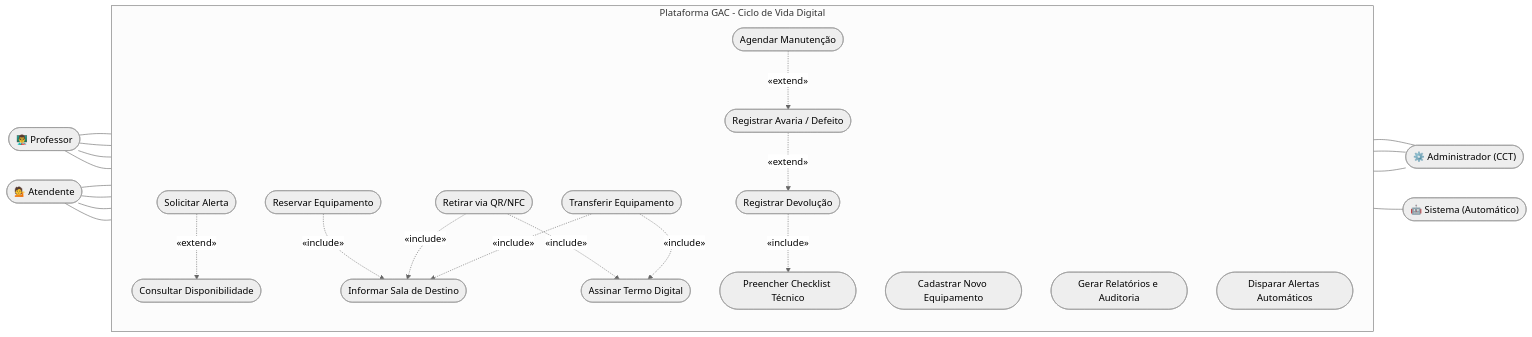
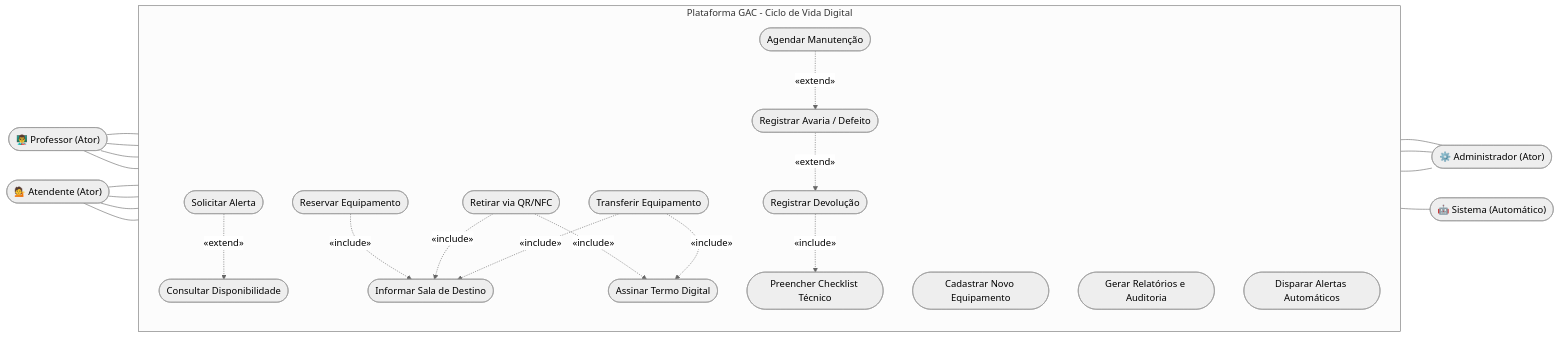
The diagram in Requisitos/Diagramas/Diagrama-de-Casos-de-Uso.md (VinnerKyther/requisitos-2026-requisitos-production), drawn with Mermaid (neutral theme) before and after one commit.

````diff
--- a/Requisitos/Diagramas/Diagrama-de-Casos-de-Uso.md
+++ b/Requisitos/Diagramas/Diagrama-de-Casos-de-Uso.md
@@ -3,72 +3,72 @@
 ```mermaid
 flowchart LR
     %% Atores da Interface Mobile (Esquerda)
-    Prof(["👨‍🏫 Professor"])
-    Atend(["💁 Atendente"])
+    Prof(["👨‍🏫 Professor (Ator)"])
+    Atend(["💁 Atendente (Ator)"])
 
     subgraph Sistema [Plataforma GAC - Ciclo de Vida Digital]
         direction TB
         
         %% Bloco de Consulta
         UC1([Consultar Disponibilidade])
         UC1a([Solicitar Alerta])
         
         %% Bloco de Ações e Inclusões separadas
         UC2([Reservar Equipamento])
         UC6([Informar Sala de Destino])
         
         UC3([Retirar via QR/NFC])
         UC5([Assinar Termo Digital])
         
         UC4([Transferir Equipamento])
         
         %% Bloco de Devolução
         UC7([Registrar Devolução])
         UC8([Preencher Checklist Técnico])
         UC9([Registrar Avaria / Defeito])
         
         %% Bloco de Gestão
         UC10([Cadastrar Novo Equipamento])
         UC11([Agendar Manutenção])
         UC12([Gerar Relatórios e Auditoria])
         
         %% Bloco de Automação
         UC13([Disparar Alertas Automáticos])
     end
 
     %% Atores da Interface Web e Robôs (Direita)
-    Admin(["⚙️ Administrador (CCT)"])
+    Admin(["⚙️ Administrador (Ator)"])
     Sis(["🤖 Sistema (Automático)"])
 
     %% Conectando os Atores (LINHAS SÓLIDAS)
     Prof --- UC1
     Prof --- UC2
     Prof --- UC3
     Prof --- UC4
     
     %% O Atendente agora tem ligação VISUAL com todas as suas tarefas
     Atend --- UC1
     Atend --- UC7
     Atend --- UC8
     Atend --- UC9
     
     UC10 --- Admin
     UC11 --- Admin
     UC12 --- Admin
     UC13 --- Sis
 
     %% LIGAÇÕES SISTÊMICAS (Setas Pontilhadas)
     UC1a -.->|«extend»| UC1
     
     UC2 -.->|«include»| UC6
     UC3 -.->|«include»| UC5
     
     %% Setas secundárias
     UC3 -.->|«include»| UC6
     UC4 -.->|«include»| UC6
     UC4 -.->|«include»| UC5
 
     UC7 -.->|«include»| UC8
     UC9 -.->|«extend»| UC7
     UC11 -.->|«extend»| UC9
 ```
````
